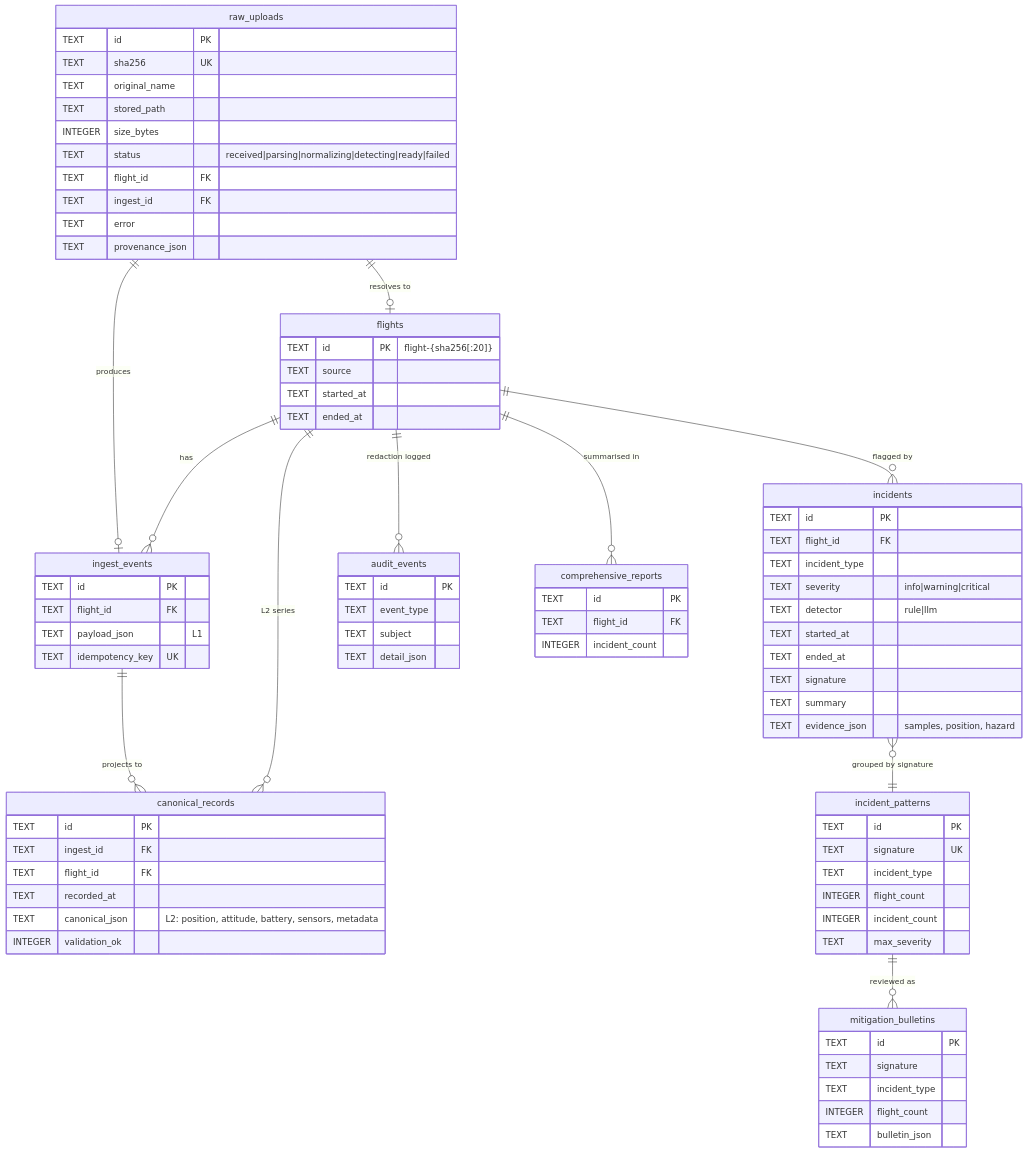
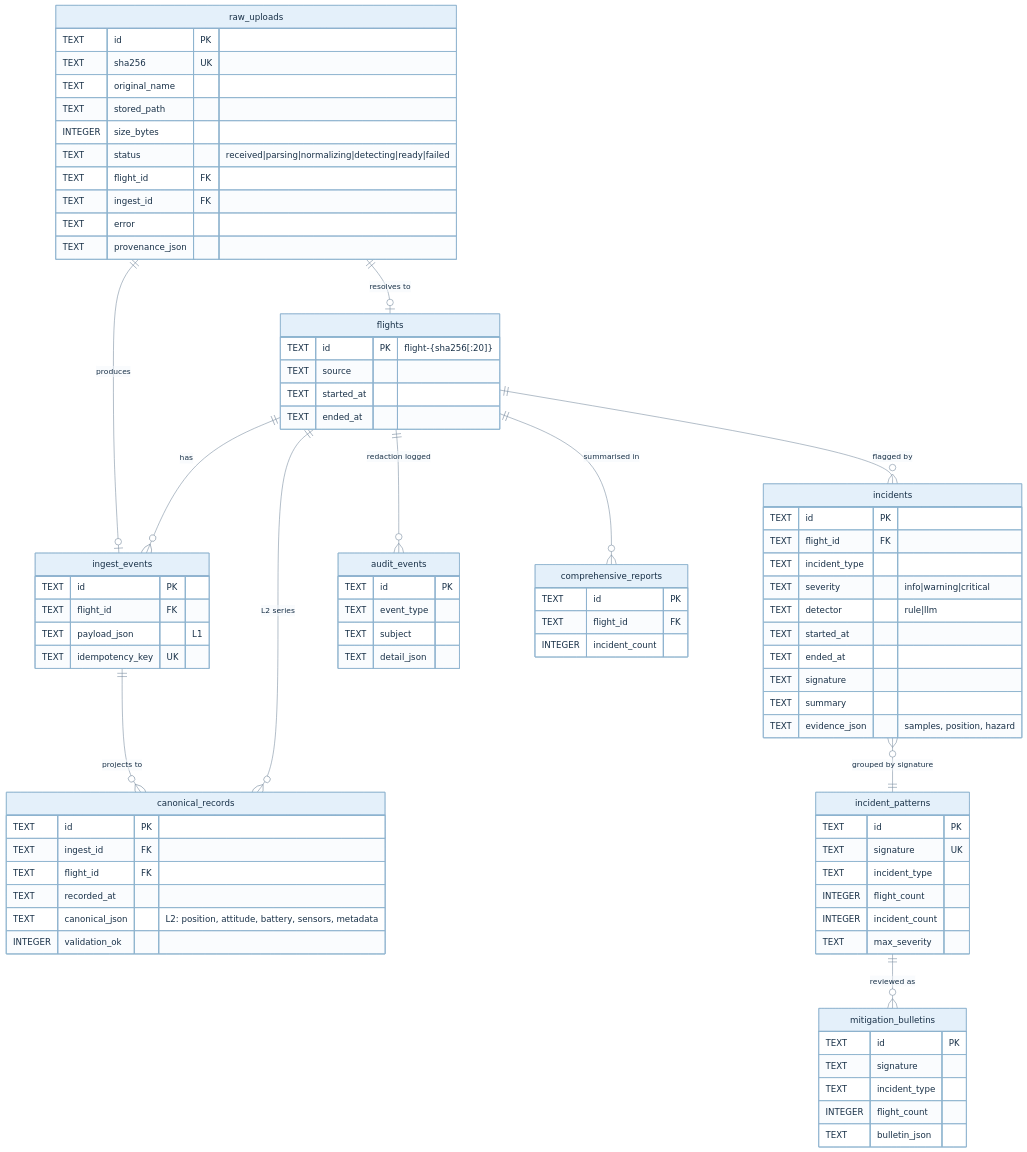
One commit to Sea1vester/WISL-Singapore-Defence-Tech-Hackathon changed the fifth of 6 diagrams in docs/architecture-uml.md. Above: the diagram before and after it, drawn with Mermaid. The commit also changed other lines of this file and 8 other files, not shown here.

First line of the commit message:
Make architecture diagrams readable directly on GitHub

````diff
--- a/docs/architecture-uml.md
+++ b/docs/architecture-uml.md
@@ -134,4 +231,5 @@
 ```mermaid
+%%{init: {"theme":"base","themeCSS":"text { font-family: Arial, sans-serif !important; }","themeVariables":{"fontFamily":"Arial, sans-serif","primaryColor":"#e4f0fa","primaryTextColor":"#183047","primaryBorderColor":"#8eb3cf","lineColor":"#73869a","tertiaryColor":"#f4f8fc"}}}%%
 erDiagram
     raw_uploads {
         TEXT id PK
````
